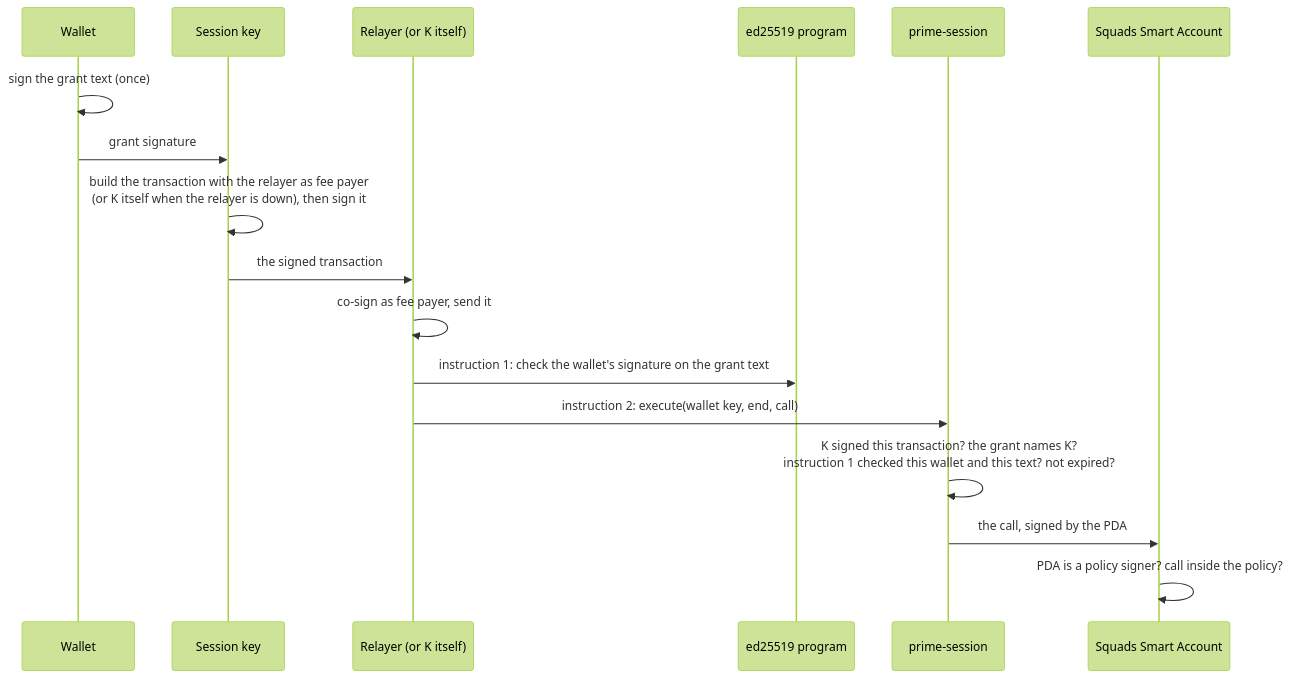
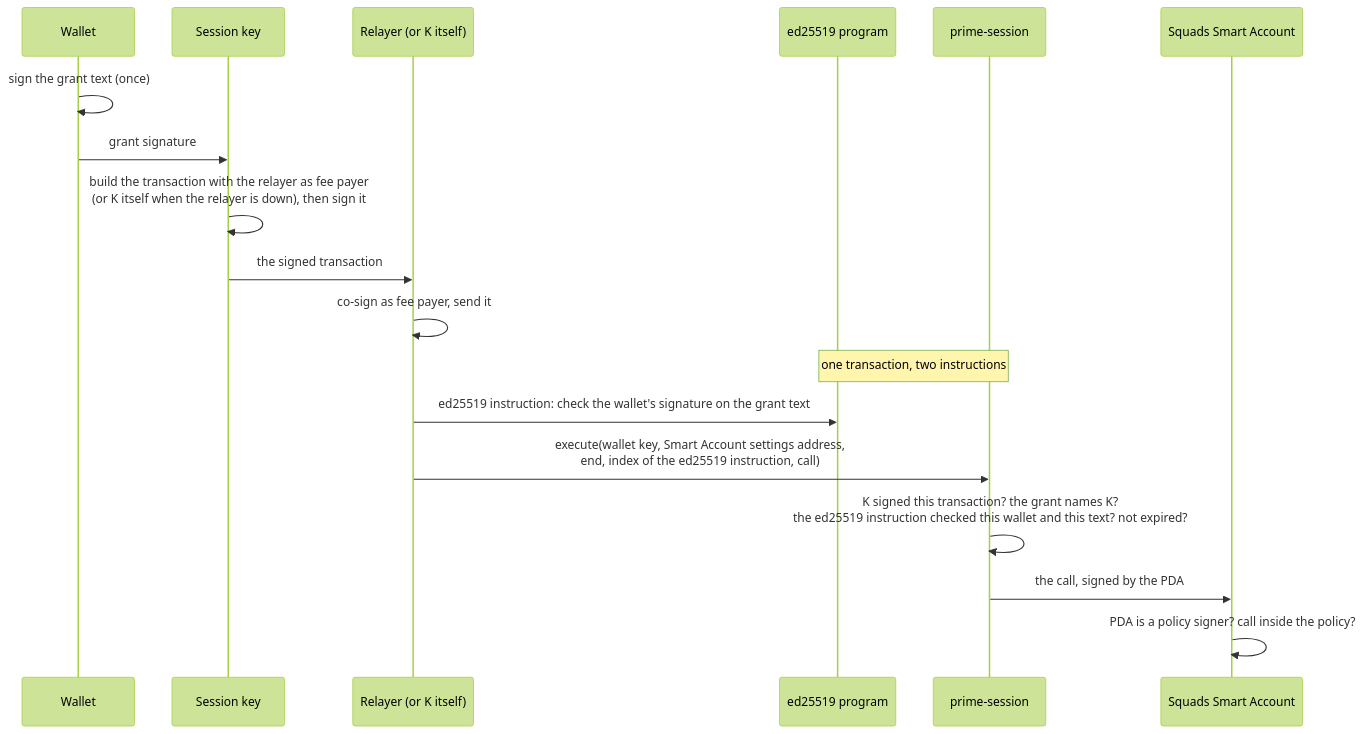
Before and after one commit to untangledfinance/oz-policy-builder: the sixth of 7 diagrams in contracts/session-signer/ARCHITECTURE.md, drawn with Mermaid (forest theme). The commit also changed other lines of this file and 14 other files, not shown here.

First line of the commit message:
fix(session-signer): bind Solana sessions to one Smart Account; re-verify

````diff
--- a/contracts/session-signer/ARCHITECTURE.md
+++ b/contracts/session-signer/ARCHITECTURE.md
@@ -268,19 +268,20 @@
 ```mermaid
 sequenceDiagram
   participant W as Wallet
   participant K as Session key
   participant R as Relayer (or K itself)
   participant E as ed25519 program
   participant P as prime-session
   participant SA as Squads Smart Account
   W->>W: sign the grant text (once)
   W->>K: grant signature
   K->>K: build the transaction with the relayer as fee payer<br/>(or K itself when the relayer is down), then sign it
   K->>R: the signed transaction
   R->>R: co-sign as fee payer, send it
-  R->>E: instruction 1: check the wallet's signature on the grant text
-  R->>P: instruction 2: execute(wallet key, end, call)
-  P->>P: K signed this transaction? the grant names K?<br/>instruction 1 checked this wallet and this text? not expired?
+  Note over E,P: one transaction, two instructions
+  R->>E: ed25519 instruction: check the wallet's signature on the grant text
+  R->>P: execute(wallet key, Smart Account settings address,<br/>end, index of the ed25519 instruction, call)
+  P->>P: K signed this transaction? the grant names K?<br/>the ed25519 instruction checked this wallet and this text? not expired?
   P->>SA: the call, signed by the PDA
   SA->>SA: PDA is a policy signer? call inside the policy?
 ```
````
